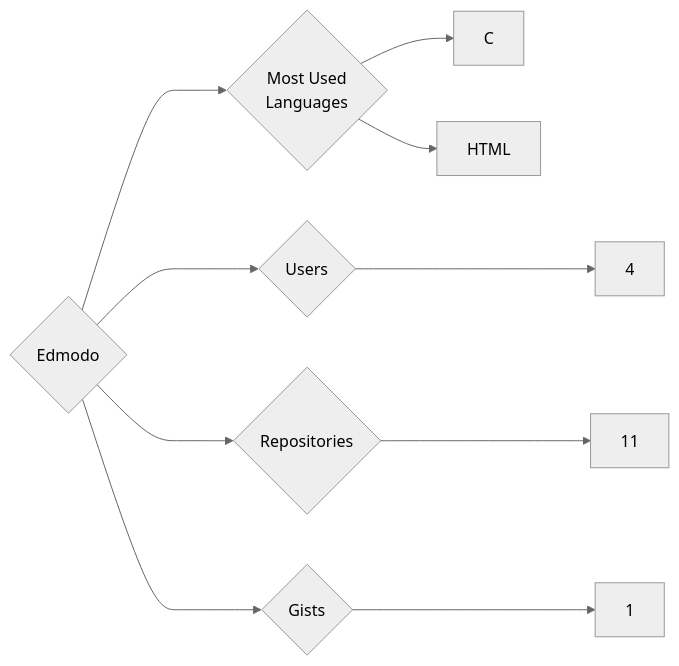
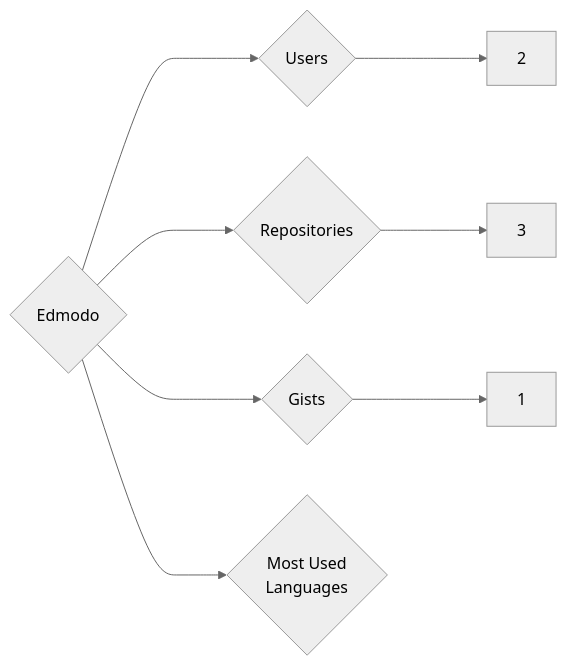
The diagram in targets/Edmodo/README.md (trickest/insiders), drawn with Mermaid (neutral theme) before and after one commit. The commit also changed 657 other files, not shown here.

````diff
--- a/targets/Edmodo/README.md
+++ b/targets/Edmodo/README.md
@@ -3,10 +3,8 @@
 ```mermaid
 graph LR
 COMPANY_NAME{Edmodo}
-COMPANY_NAME ---> U{Users} ---> UN[4]
-COMPANY_NAME ---> R{Repositories} ---> RN[11]
+COMPANY_NAME ---> U{Users} ---> UN[2]
+COMPANY_NAME ---> R{Repositories} ---> RN[3]
 COMPANY_NAME ---> G{Gists} ---> GN[1]
 COMPANY_NAME ---> ML{Most Used<br>Languages}
-ML --> C[C]
-ML --> HTML[HTML]
 ```
````
